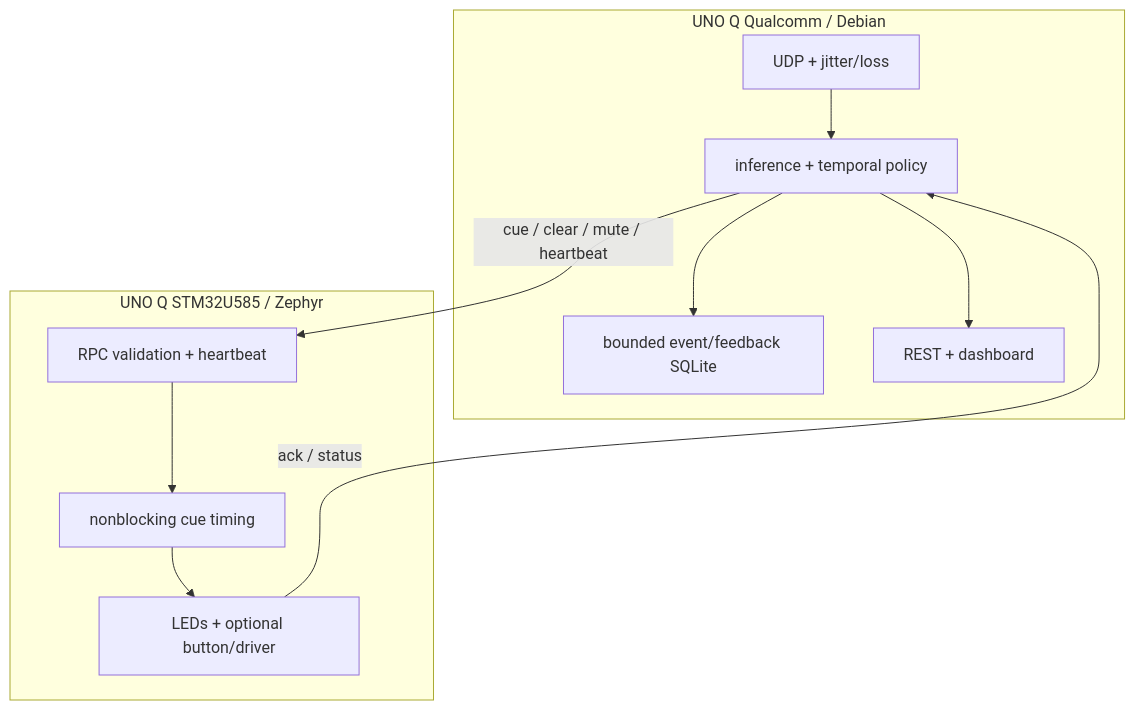
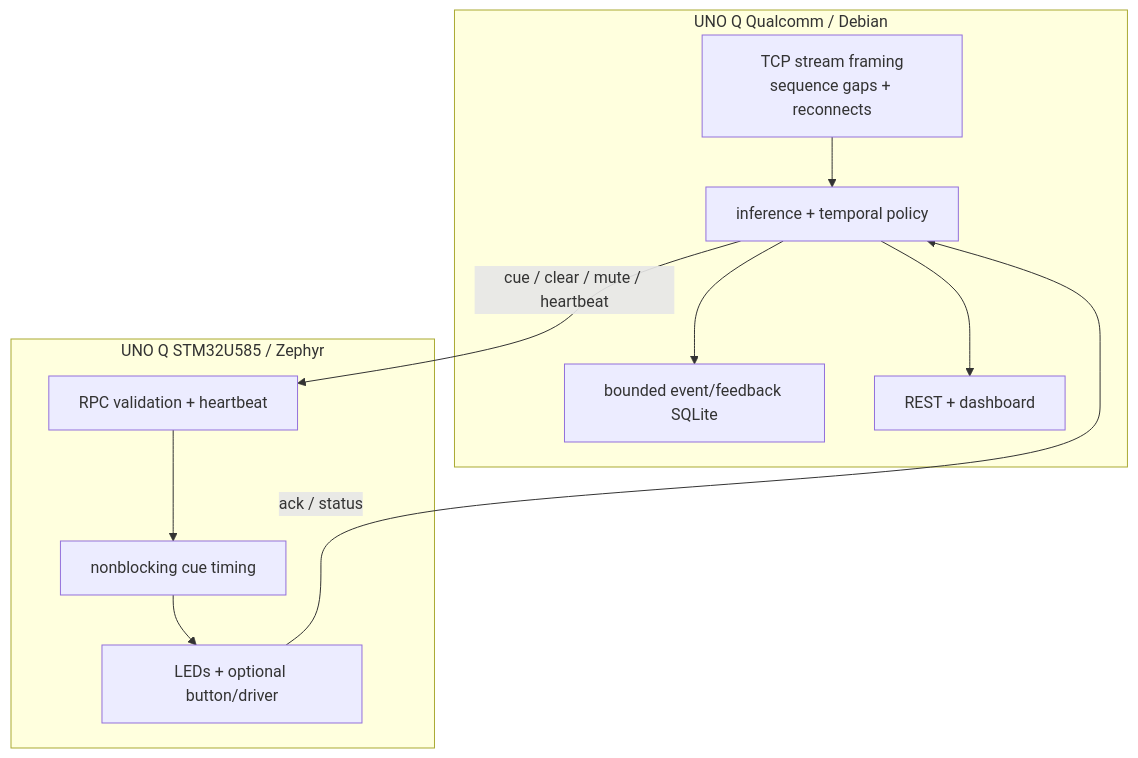
One commit to dvellon/cueloop changed the second of 5 diagrams in hardware/DIAGRAMS.md. Above: the diagram before and after it, drawn with Mermaid. The commit also changed other lines of this file and 41 other files, not shown here.

````diff
--- a/hardware/DIAGRAMS.md
+++ b/hardware/DIAGRAMS.md
@@ -22,20 +22,20 @@
 ```mermaid
 flowchart TB
   subgraph Linux[UNO Q Qualcomm / Debian]
-    UDP[UDP + jitter/loss]
+    TCP[TCP stream framing\nsequence gaps + reconnects]
     AI[inference + temporal policy]
     DB[bounded event/feedback SQLite]
     WEB[REST + dashboard]
   end
   subgraph MCU[UNO Q STM32U585 / Zephyr]
     RPC[RPC validation + heartbeat]
     TIME[nonblocking cue timing]
     IO[LEDs + optional button/driver]
   end
-  UDP --> AI
+  TCP --> AI
   AI --> DB
   AI --> WEB
   AI -->|cue / clear / mute / heartbeat| RPC
   RPC --> TIME --> IO
   IO -->|ack / status| AI
 ```
````
